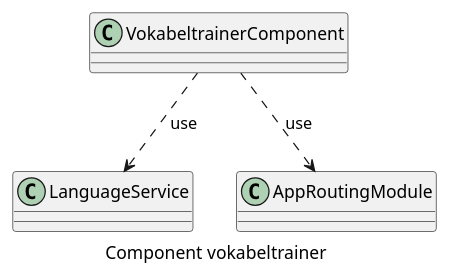
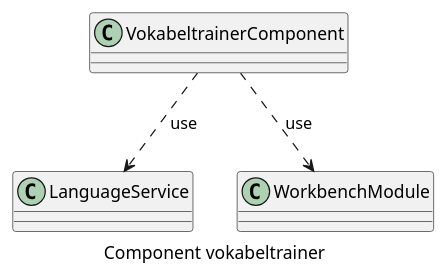
One commit to MrDolch/couchapp-angular-Vokabeltrainer changed the third of 4 diagrams in Readme.md. Above: the diagram before and after it, drawn with PlantUML. The commit also changed 2 other files, not shown here.

Commit message:
Rename AppRoutingModule to WorkbenchModule

````diff
--- a/Readme.md
+++ b/Readme.md
@@ -89,10 +89,10 @@
 ```plantuml
 @startuml
 caption Component vokabeltrainer
 
 VokabeltrainerComponent ..> LanguageService: use
-VokabeltrainerComponent ..> AppRoutingModule: use
+VokabeltrainerComponent ..> WorkbenchModule: use
 
 
 @enduml
 ```
````
